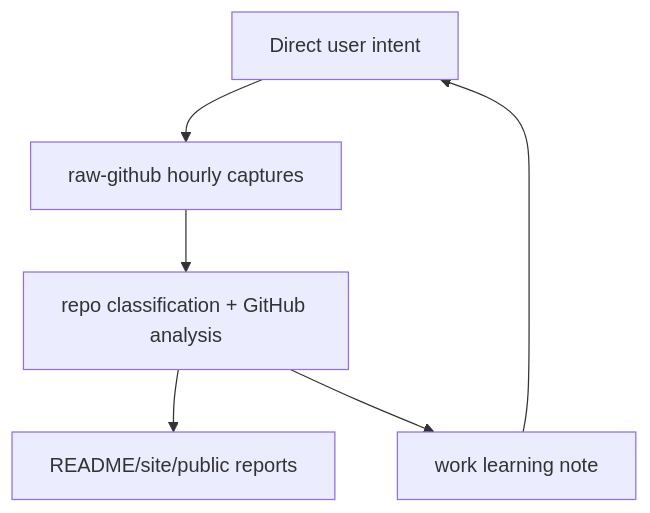
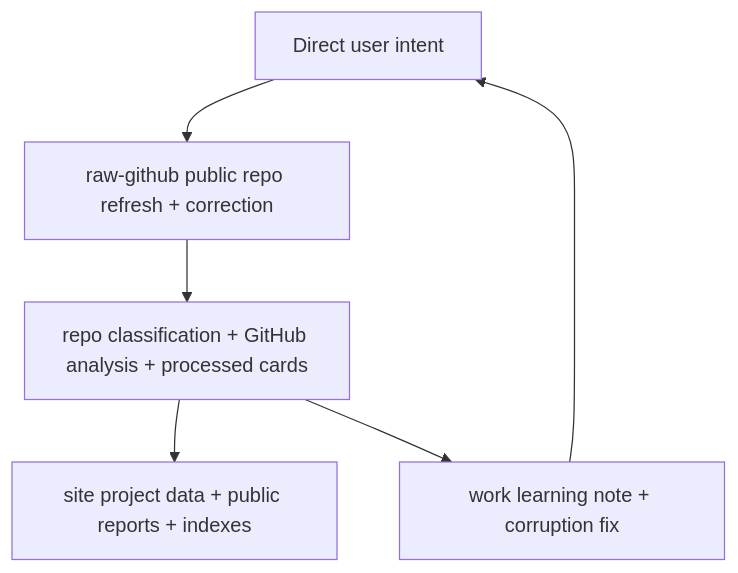
One commit to Shiyao-Huang/awesome-agent-evolution changed the diagram in .mermaid/current/graph.mmd. Above: the diagram before and after it, drawn with Mermaid. The commit also changed 63 other files, not shown here.

Commit message:
hourly: refresh public metadata packet

```diff
--- a/.mermaid/current/graph.mmd
+++ b/.mermaid/current/graph.mmd
@@ -1,6 +1,6 @@
 graph TD
-  intent["Direct user intent"] --> raw["raw-github hourly captures"]
-  raw --> processed["repo classification + GitHub analysis"]
-  processed --> results["README/site/public reports"]
-  processed --> note["work learning note"]
+  intent["Direct user intent"] --> raw["raw-github public repo refresh + correction"]
+  raw --> processed["repo classification + GitHub analysis + processed cards"]
+  processed --> results["site project data + public reports + indexes"]
+  processed --> note["work learning note + corruption fix"]
   note --> intent
```
